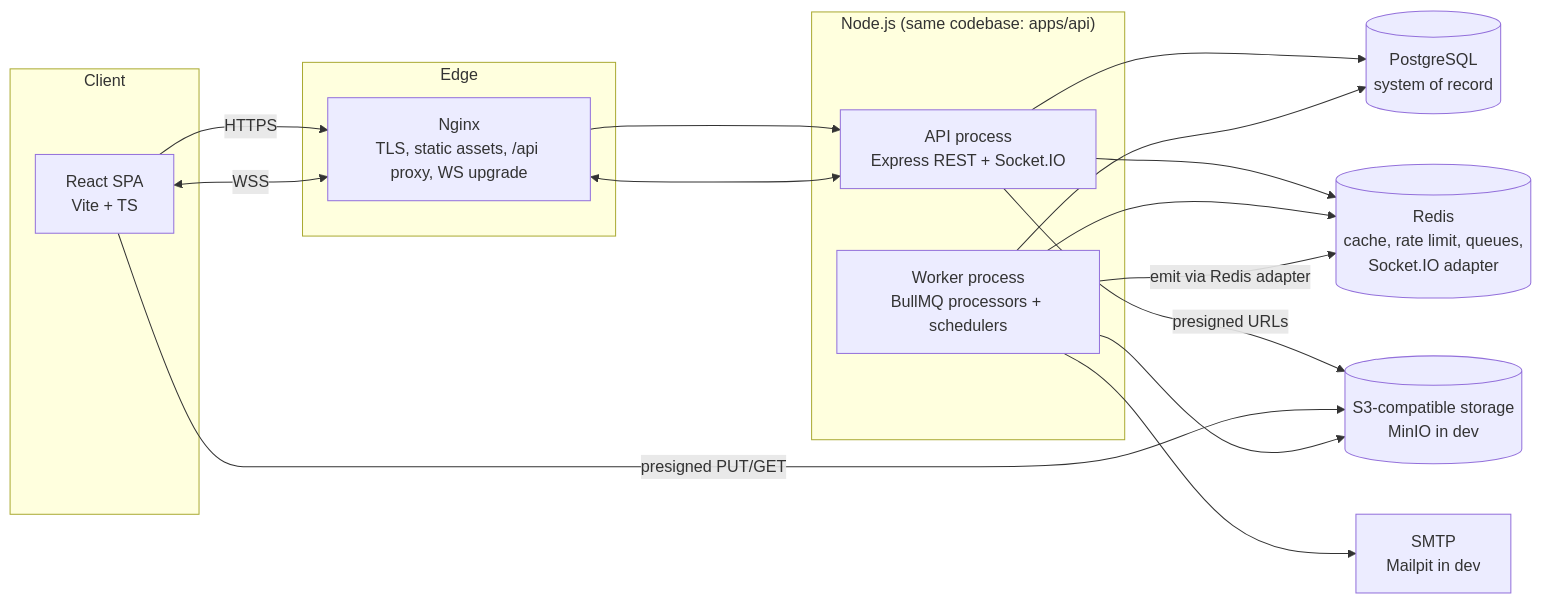
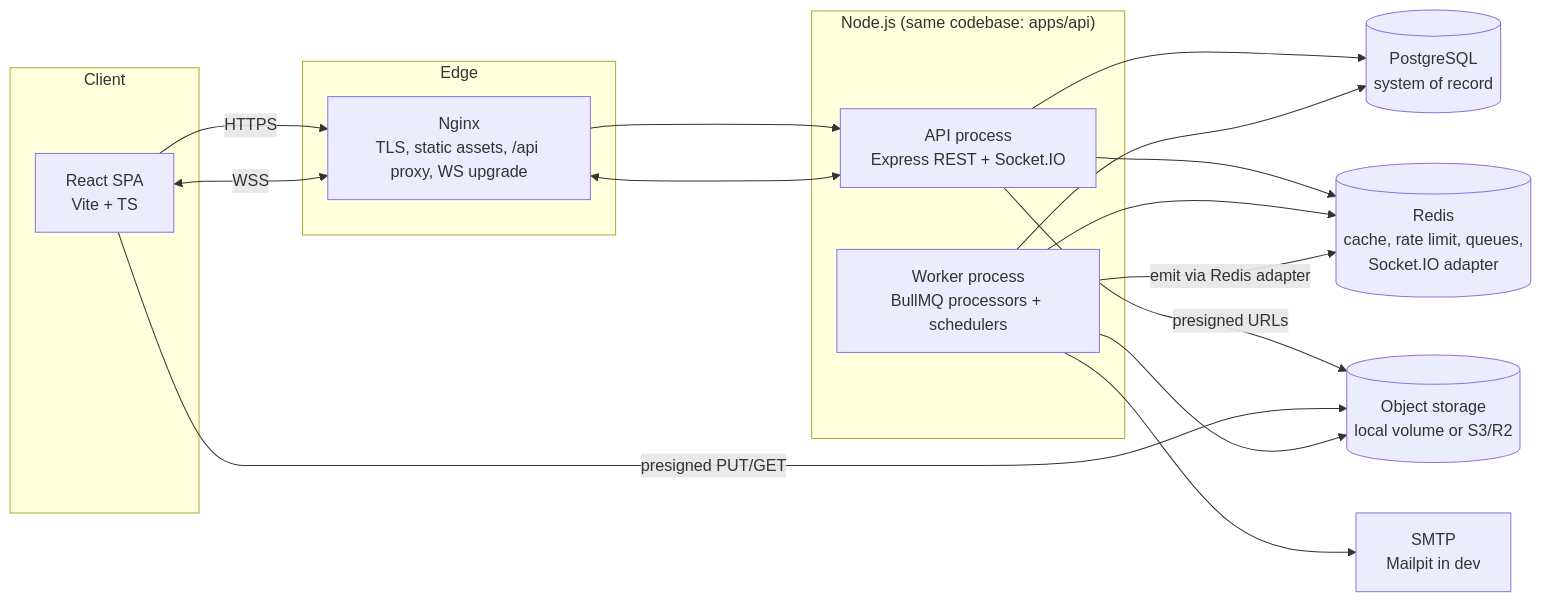
One commit to shaswat-shrey/Online-Course-Registration-Platform changed the first of 3 diagrams in docs/ARCHITECTURE.md. Above: the diagram before and after it, drawn with Mermaid. The commit also changed other lines of this file and 79 other files, not shown here.

````diff
--- a/docs/ARCHITECTURE.md
+++ b/docs/ARCHITECTURE.md
@@ -7,29 +7,29 @@
 ```mermaid
 flowchart LR
   subgraph Client
     WEB[React SPA<br/>Vite + TS]
   end
   subgraph Edge
     NGINX[Nginx<br/>TLS, static assets, /api proxy, WS upgrade]
   end
   subgraph App["Node.js (same codebase: apps/api)"]
     API[API process<br/>Express REST + Socket.IO]
     WORKER[Worker process<br/>BullMQ processors + schedulers]
   end
   PG[(PostgreSQL<br/>system of record)]
   REDIS[(Redis<br/>cache, rate limit, queues,<br/>Socket.IO adapter)]
-  S3[(S3-compatible storage<br/>MinIO in dev)]
+  S3[(Object storage<br/>local volume or S3/R2)]
   SMTP[SMTP<br/>Mailpit in dev]
 
   WEB -->|HTTPS| NGINX --> API
   WEB <-->|WSS| NGINX <--> API
   API --> PG
   API --> REDIS
   API -->|presigned URLs| S3
   WEB -->|presigned PUT/GET| S3
   WORKER --> PG
   WORKER --> REDIS
   WORKER --> S3
   WORKER --> SMTP
   WORKER -->|emit via Redis adapter| REDIS
 ```
````
